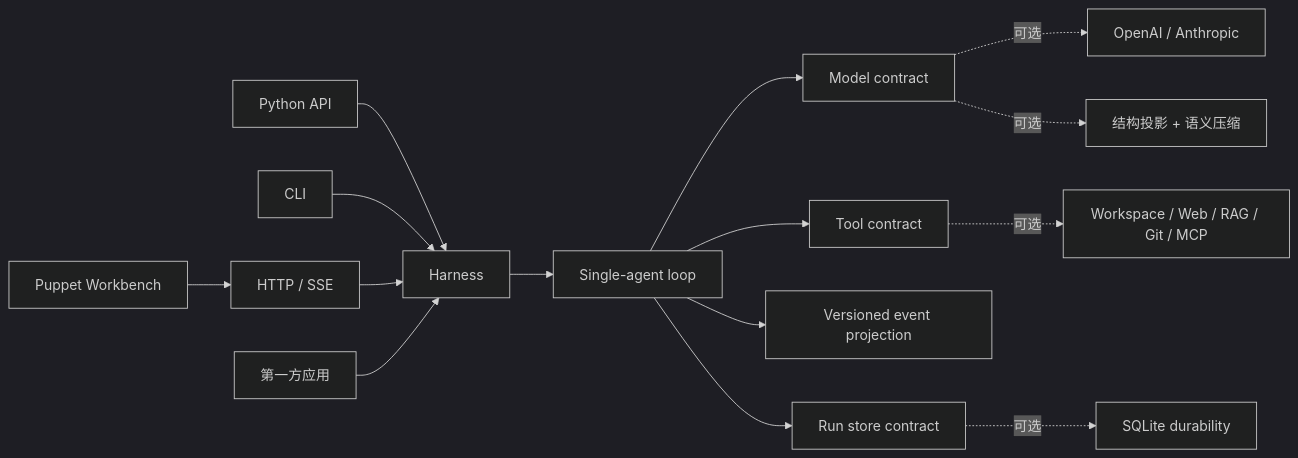
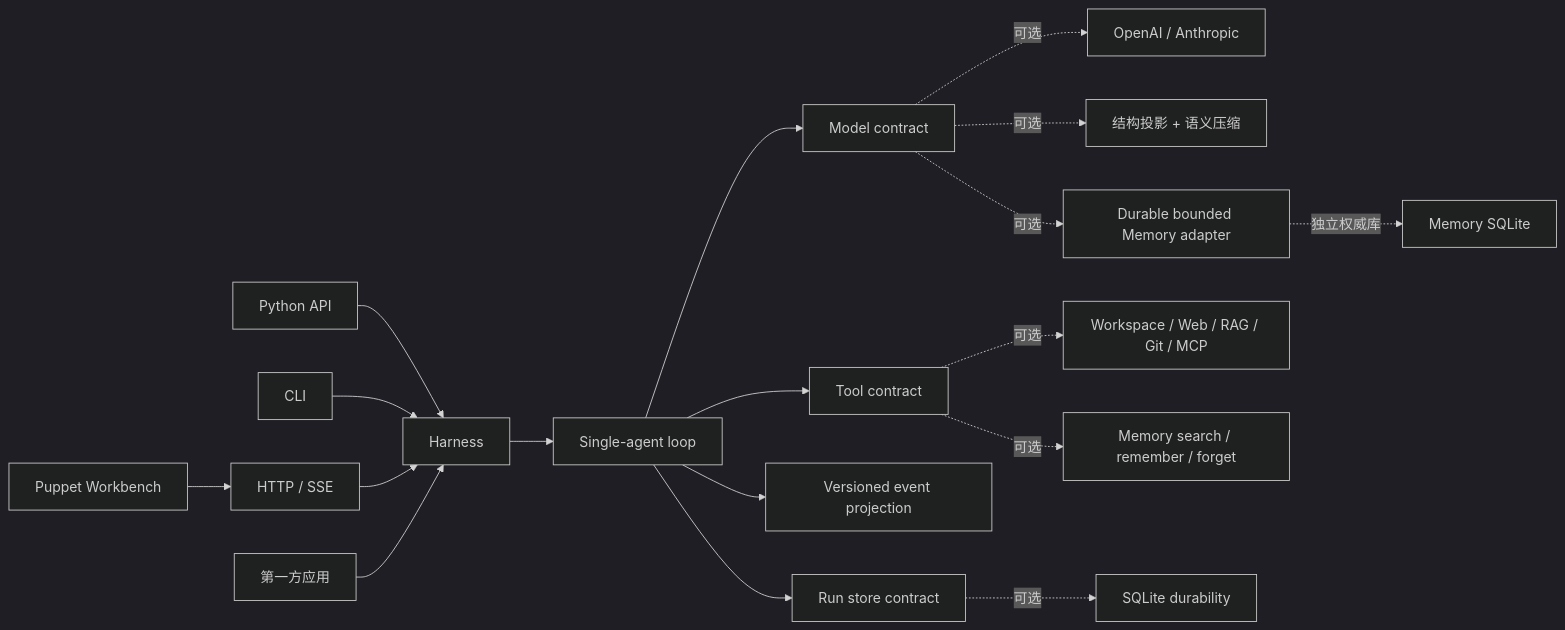
The first of 2 diagrams in README_zh.md (syusama/sasori), drawn with Mermaid (dark theme) before and after one commit. The commit also changed other lines of this file and 41 other files, not shown here.

Commit message:
feat(memory): add durable bounded recall

````diff
--- a/README_zh.md
+++ b/README_zh.md
@@ -115,19 +117,22 @@
 ```mermaid
 flowchart LR
     P["Python API"] --> H["Harness"]
     C["CLI"] --> H
     S["HTTP / SSE"] --> H
     W["Puppet Workbench"] --> S
     A["第一方应用"] --> H
 
     H --> L["Single-agent loop"]
     L --> M["Model contract"]
     L --> T["Tool contract"]
     L --> E["Versioned event projection"]
     L --> R["Run store contract"]
 
     M -. 可选 .-> P1["OpenAI / Anthropic"]
     M -. 可选 .-> CX["结构投影 + 语义压缩"]
+    M -. 可选 .-> MM["Durable bounded Memory adapter"]
     T -. 可选 .-> X["Workspace / Web / RAG / Git / MCP"]
+    T -. 可选 .-> MT["Memory search / remember / forget"]
     R -. 可选 .-> SQ["SQLite durability"]
+    MM -. 独立权威库 .-> MSQ["Memory SQLite"]
 ```
````
